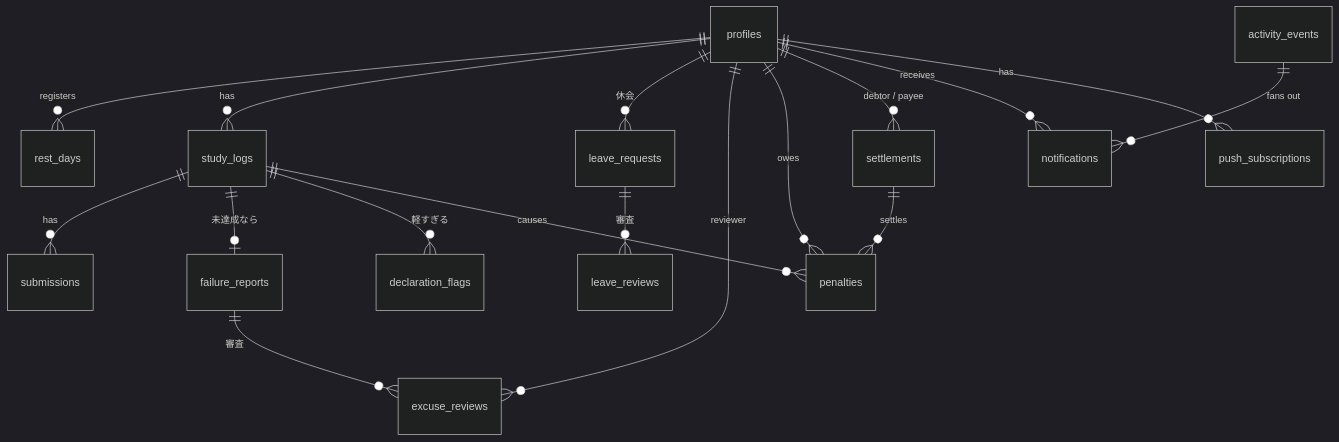
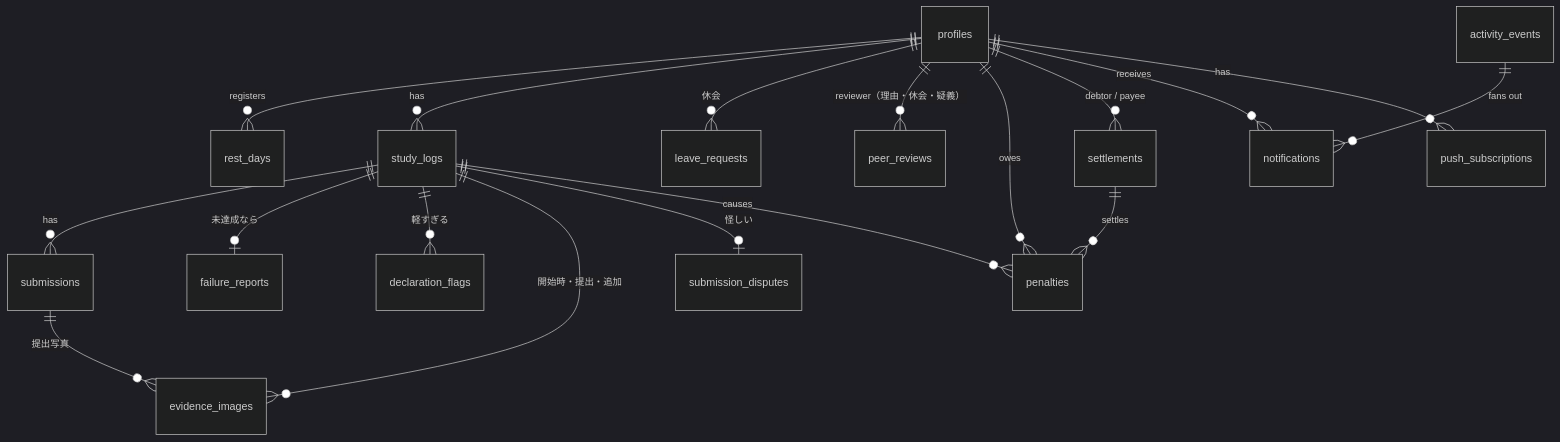
The diagram in docs/database.md (ashilal1/force-study-app), drawn with Mermaid (dark theme) before and after one commit. The commit also changed other lines of this file and 6 other files, not shown here.

Commit message:
docs: evidence via daily passphrase, start photo, duplicate detection and peer disputes

````diff
--- a/docs/database.md
+++ b/docs/database.md
@@ -7,19 +7,20 @@
 ```mermaid
 erDiagram
     profiles ||--o{ rest_days : "registers"
     profiles ||--o{ study_logs : "has"
     study_logs ||--o{ submissions : "has"
     study_logs ||--o| failure_reports : "未達成なら"
     study_logs ||--o{ declaration_flags : "軽すぎる"
     profiles ||--o{ leave_requests : "休会"
-    leave_requests ||--o{ leave_reviews : "審査"
-    failure_reports ||--o{ excuse_reviews : "審査"
-    profiles ||--o{ excuse_reviews : "reviewer"
+    study_logs ||--o{ evidence_images : "開始時・提出・追加"
+    submissions ||--o{ evidence_images : "提出写真"
+    study_logs ||--o| submission_disputes : "怪しい"
+    profiles ||--o{ peer_reviews : "reviewer（理由・休会・疑義）"
     study_logs ||--o{ penalties : "causes"
     profiles ||--o{ penalties : "owes"
     settlements ||--o{ penalties : "settles"
     profiles ||--o{ settlements : "debtor / payee"
     activity_events ||--o{ notifications : "fans out"
     profiles ||--o{ notifications : "receives"
     profiles ||--o{ push_subscriptions : "has"
 ```
````
